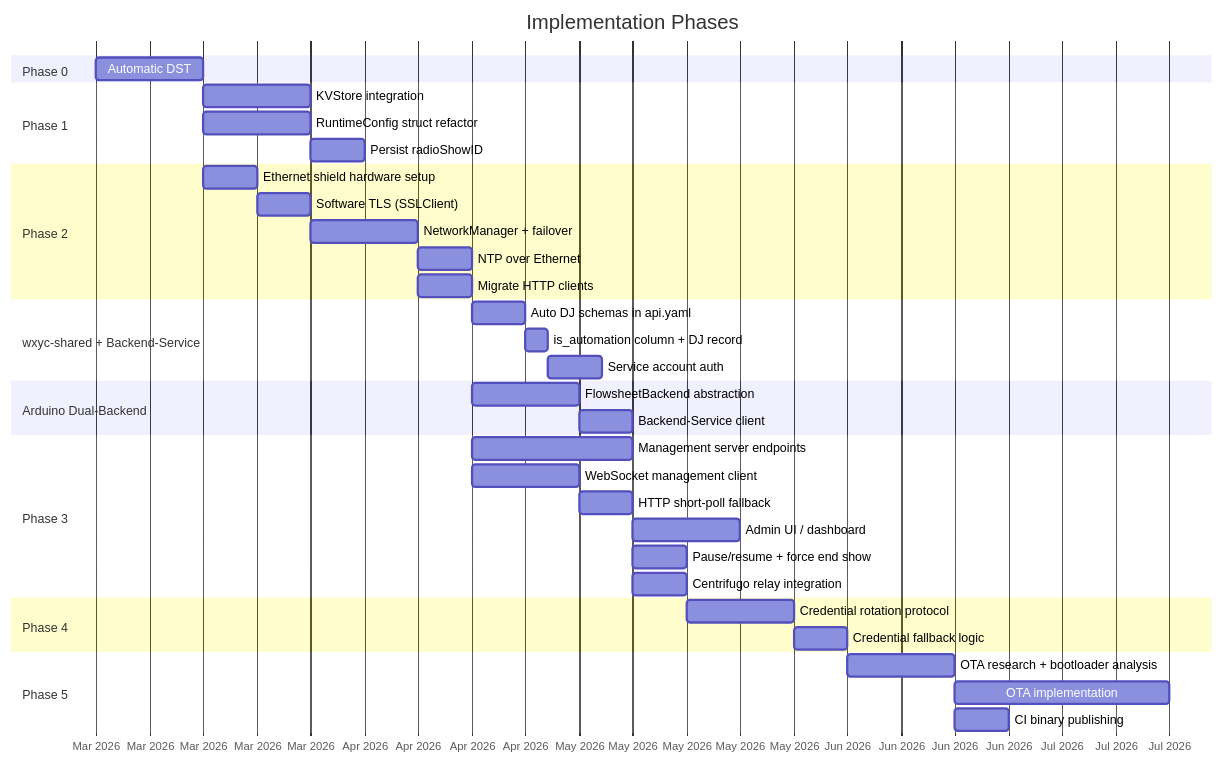
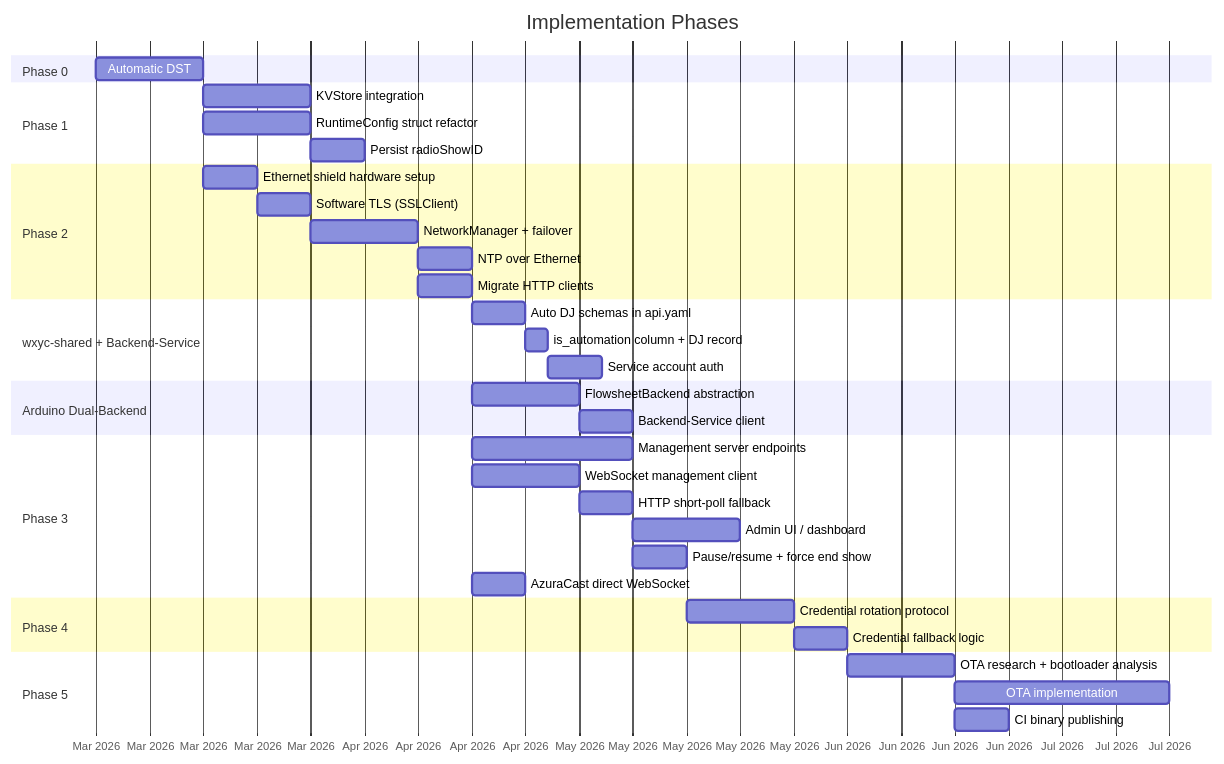
Before and after one commit to WXYC/auto-dj-arduino-switch: the tenth of 11 diagrams in docs/networking-spec.md, drawn with Mermaid. The commit also changed other lines of this file, not shown here.

````diff
--- a/docs/networking-spec.md
+++ b/docs/networking-spec.md
@@ -1836,47 +1924,47 @@
 ```mermaid
 gantt
     title Implementation Phases
     dateFormat YYYY-MM-DD
     axisFormat %b %Y
 
     section Phase 0
     Automatic DST                          :p0, 2026-03-01, 14d
 
     section Phase 1
     KVStore integration                    :p1a, after p0, 14d
     RuntimeConfig struct refactor          :p1b, after p0, 14d
     Persist radioShowID                    :p1c, after p1a, 7d
 
     section Phase 2
     Ethernet shield hardware setup         :p2a, after p0, 7d
     Software TLS (SSLClient)               :p2b, after p2a, 7d
     NetworkManager + failover              :p2c, after p2b, 14d
     NTP over Ethernet                      :p2d, after p2c, 7d
     Migrate HTTP clients                   :p2e, after p2c, 7d
 
     section wxyc-shared + Backend-Service
     Auto DJ schemas in api.yaml            :ws1, after p2e, 7d
     is_automation column + DJ record       :bs1, after ws1, 3d
     Service account auth                   :bs2, after bs1, 7d
 
     section Arduino Dual-Backend
     FlowsheetBackend abstraction           :db1, after p2e, 14d
     Backend-Service client                 :db2, after db1, 7d
 
     section Phase 3
     Management server endpoints            :p3a, after p2e, 21d
     WebSocket management client            :p3b, after p2e, 14d
     HTTP short-poll fallback               :p3c, after p3b, 7d
     Admin UI / dashboard                   :p3d, after p3a, 14d
     Pause/resume + force end show          :p3e, after p3c, 7d
-    Centrifugo relay integration           :p3f, after p3a, 7d
+    AzuraCast direct WebSocket             :p2f, after p2e, 7d
 
     section Phase 4
     Credential rotation protocol           :p4a, after p3e, 14d
     Credential fallback logic              :p4b, after p4a, 7d
 
     section Phase 5
     OTA research + bootloader analysis     :p5a, after p4b, 14d
     OTA implementation                     :p5b, after p5a, 28d
     CI binary publishing                   :p5c, after p5a, 7d
 ```
````
